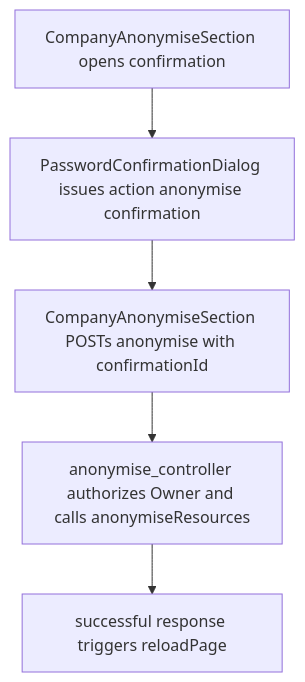
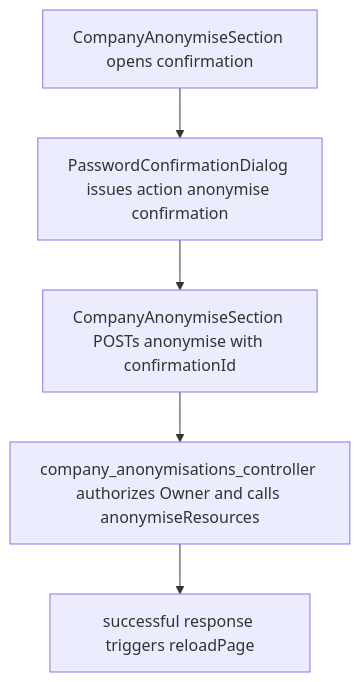
Before and after one commit to Kevinjohn/capacitylens: the second of 2 diagrams in user-stories/settings/US-SET-26-anonymise-all-people.md, drawn with Mermaid. The commit also changed other lines of this file and 139 other files, not shown here.

````diff
--- a/user-stories/settings/US-SET-26-anonymise-all-people.md
+++ b/user-stories/settings/US-SET-26-anonymise-all-people.md
@@ -35,7 +35,7 @@
 ```mermaid
 flowchart TD
   button["CompanyAnonymiseSection opens confirmation"] --> proof["PasswordConfirmationDialog issues action anonymise confirmation"]
   proof --> post["CompanyAnonymiseSection POSTs anonymise with confirmationId"]
-  post --> controller["anonymise_controller authorizes Owner and calls anonymiseResources"]
+  post --> controller["company_anonymisations_controller authorizes Owner and calls anonymiseResources"]
   controller --> reload["successful response triggers reloadPage"]
 ```
````
